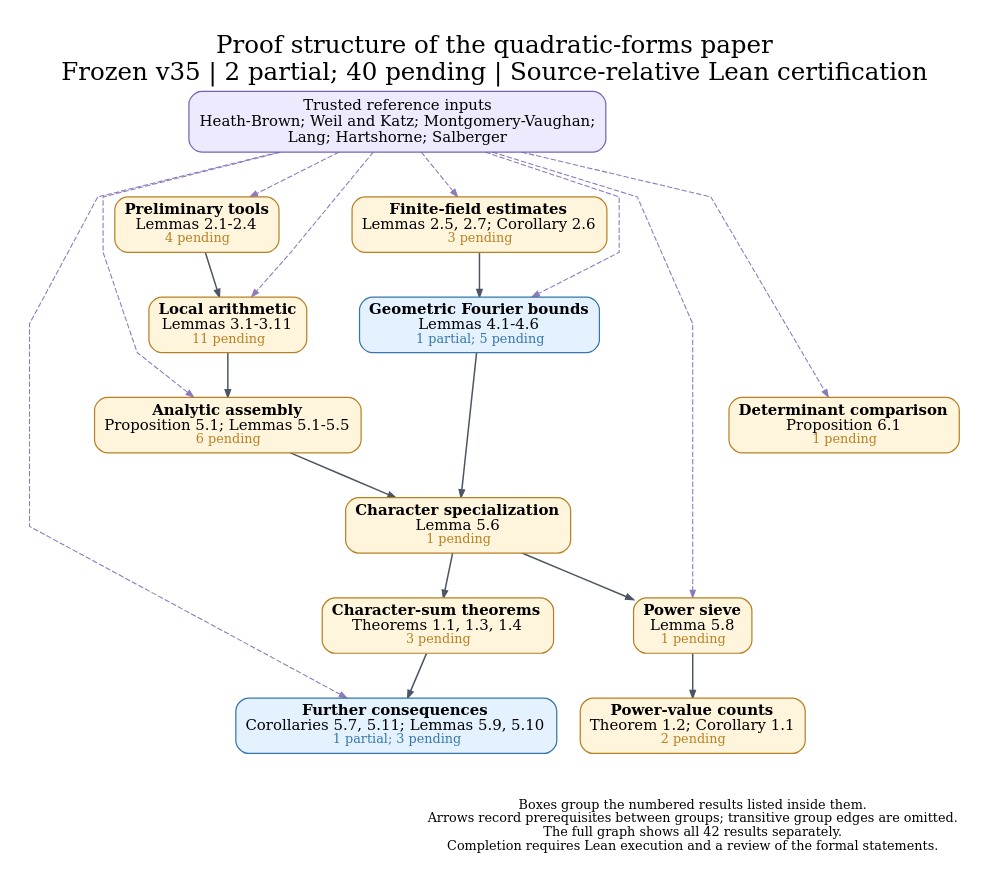
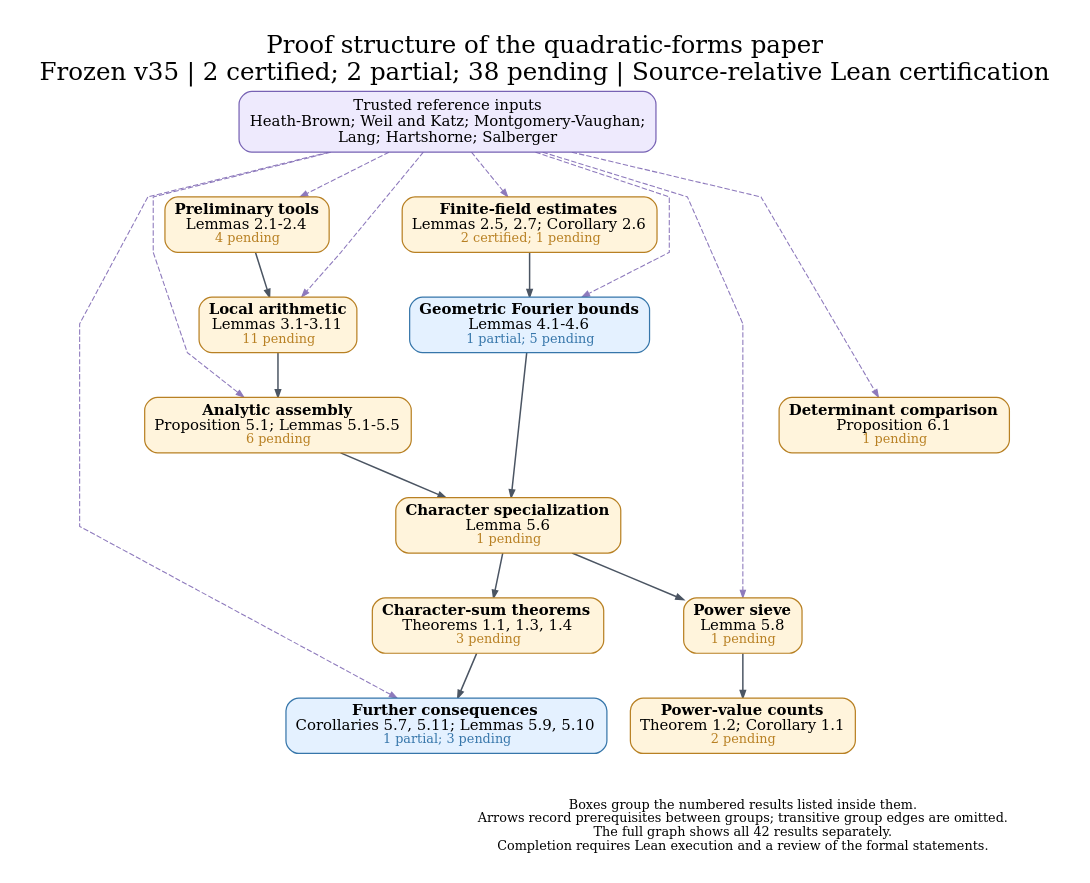
Before and after one commit to nicolasrobles/quaternary-quadratic-forms: the diagram in docs/dependency_overview.dot, drawn with Graphviz. The commit also changed 30 other files, not shown here.

```diff
--- a/docs/dependency_overview.dot
+++ b/docs/dependency_overview.dot
@@ -1,43 +1,43 @@
 digraph Overview {
 graph [rankdir=TB, newrank=true, compound=true, outputorder=edgesfirst,
   bgcolor="white", fontname="DejaVu Serif", fontsize=23, labelloc=t,
-  label="Proof structure of the quadratic-forms paper\nFrozen v35 | 2 partial; 40 pending | Source-relative Lean certification",
+  label="Proof structure of the quadratic-forms paper\nFrozen v35 | 2 certified; 2 partial; 38 pending | Source-relative Lean certification",
   nodesep=0.30, ranksep=0.58, pad=0.28, splines=polyline];
 node [shape=box, style="rounded,filled", fillcolor="#fff4dc", color="#b88023",
   fontname="DejaVu Serif", fontsize=14, penwidth=1.15, margin="0.12,0.09"];
 edge [color="#4b5563", arrowsize=0.70, penwidth=1.05];
 sources [label="Trusted reference inputs\nHeath-Brown; Weil and Katz; Montgomery-Vaughan;\nLang; Hartshorne; Salberger", fillcolor="#eeeafd", color="#7762b4", fontsize=14];
 "prelim" [label=<<B>Preliminary tools</B><BR/>Lemmas 2.1-2.4<BR/><FONT POINT-SIZE="12" COLOR="#b88023">4 pending</FONT>>, fillcolor="#fff4dc", color="#b88023", URL="https://github.com/nicolasrobles/quaternary-quadratic-forms/blob/main/INVENTORY.md", target="_blank"];
-"finite" [label=<<B>Finite-field estimates</B><BR/>Lemmas 2.5, 2.7; Corollary 2.6<BR/><FONT POINT-SIZE="12" COLOR="#b88023">3 pending</FONT>>, fillcolor="#fff4dc", color="#b88023", URL="https://github.com/nicolasrobles/quaternary-quadratic-forms/blob/main/INVENTORY.md", target="_blank"];
+"finite" [label=<<B>Finite-field estimates</B><BR/>Lemmas 2.5, 2.7; Corollary 2.6<BR/><FONT POINT-SIZE="12" COLOR="#b88023">2 certified; 1 pending</FONT>>, fillcolor="#fff4dc", color="#b88023", URL="https://github.com/nicolasrobles/quaternary-quadratic-forms/blob/main/INVENTORY.md", target="_blank"];
 "local" [label=<<B>Local arithmetic</B><BR/>Lemmas 3.1-3.11<BR/><FONT POINT-SIZE="12" COLOR="#b88023">11 pending</FONT>>, fillcolor="#fff4dc", color="#b88023", URL="https://github.com/nicolasrobles/quaternary-quadratic-forms/blob/main/INVENTORY.md", target="_blank"];
 "fourier" [label=<<B>Geometric Fourier bounds</B><BR/>Lemmas 4.1-4.6<BR/><FONT POINT-SIZE="12" COLOR="#3676aa">1 partial; 5 pending</FONT>>, fillcolor="#e4f1ff", color="#3676aa", URL="https://github.com/nicolasrobles/quaternary-quadratic-forms/blob/main/INVENTORY.md", target="_blank"];
 "analytic" [label=<<B>Analytic assembly</B><BR/>Proposition 5.1; Lemmas 5.1-5.5<BR/><FONT POINT-SIZE="12" COLOR="#b88023">6 pending</FONT>>, fillcolor="#fff4dc", color="#b88023", URL="https://github.com/nicolasrobles/quaternary-quadratic-forms/blob/main/INVENTORY.md", target="_blank"];
 "characters" [label=<<B>Character specialization</B><BR/>Lemma 5.6<BR/><FONT POINT-SIZE="12" COLOR="#b88023">1 pending</FONT>>, fillcolor="#fff4dc", color="#b88023", URL="https://github.com/nicolasrobles/quaternary-quadratic-forms/blob/main/INVENTORY.md", target="_blank"];
 "sieve" [label=<<B>Power sieve</B><BR/>Lemma 5.8<BR/><FONT POINT-SIZE="12" COLOR="#b88023">1 pending</FONT>>, fillcolor="#fff4dc", color="#b88023", URL="https://github.com/nicolasrobles/quaternary-quadratic-forms/blob/main/INVENTORY.md", target="_blank"];
 "consequences" [label=<<B>Further consequences</B><BR/>Corollaries 5.7, 5.11; Lemmas 5.9, 5.10<BR/><FONT POINT-SIZE="12" COLOR="#3676aa">1 partial; 3 pending</FONT>>, fillcolor="#e4f1ff", color="#3676aa", URL="https://github.com/nicolasrobles/quaternary-quadratic-forms/blob/main/INVENTORY.md", target="_blank"];
 "maincharacters" [label=<<B>Character-sum theorems</B><BR/>Theorems 1.1, 1.3, 1.4<BR/><FONT POINT-SIZE="12" COLOR="#b88023">3 pending</FONT>>, fillcolor="#fff4dc", color="#b88023", URL="https://github.com/nicolasrobles/quaternary-quadratic-forms/blob/main/INVENTORY.md", target="_blank"];
 "mainpowers" [label=<<B>Power-value counts</B><BR/>Theorem 1.2; Corollary 1.1<BR/><FONT POINT-SIZE="12" COLOR="#b88023">2 pending</FONT>>, fillcolor="#fff4dc", color="#b88023", URL="https://github.com/nicolasrobles/quaternary-quadratic-forms/blob/main/INVENTORY.md", target="_blank"];
 "fixed" [label=<<B>Determinant comparison</B><BR/>Proposition 6.1<BR/><FONT POINT-SIZE="12" COLOR="#b88023">1 pending</FONT>>, fillcolor="#fff4dc", color="#b88023", URL="https://github.com/nicolasrobles/quaternary-quadratic-forms/blob/main/INVENTORY.md", target="_blank"];
 "analytic" -> "characters" [penwidth=1.4];
 "characters" -> "maincharacters" [penwidth=1.4];
 "characters" -> "sieve" [penwidth=1.4];
 "finite" -> "fourier" [penwidth=1.4];
 "fourier" -> "characters" [penwidth=1.4];
 "local" -> "analytic" [penwidth=1.4];
 "maincharacters" -> "consequences" [penwidth=1.4];
 "prelim" -> "local" [penwidth=1.4];
 "sieve" -> "mainpowers" [penwidth=1.4];
 sources -> "analytic" [style=dashed, color="#8d79bc", penwidth=1.0];
 sources -> "consequences" [style=dashed, color="#8d79bc", penwidth=1.0];
 sources -> "finite" [style=dashed, color="#8d79bc", penwidth=1.0];
 sources -> "fixed" [style=dashed, color="#8d79bc", penwidth=1.0];
 sources -> "fourier" [style=dashed, color="#8d79bc", penwidth=1.0];
 sources -> "local" [style=dashed, color="#8d79bc", penwidth=1.0];
 sources -> "prelim" [style=dashed, color="#8d79bc", penwidth=1.0];
 sources -> "sieve" [style=dashed, color="#8d79bc", penwidth=1.0];
 legend [shape=plain, style="", label="Boxes group the numbered results listed inside them.\nArrows record prerequisites between groups; transitive group edges are omitted.\nThe full graph shows all 42 results separately.\nCompletion requires Lean execution and a review of the formal statements.", fontsize=12];
 {rank=sink; legend;}
 "consequences" -> legend [style=invis];
 "fixed" -> legend [style=invis];
 "mainpowers" -> legend [style=invis];
 }
```
